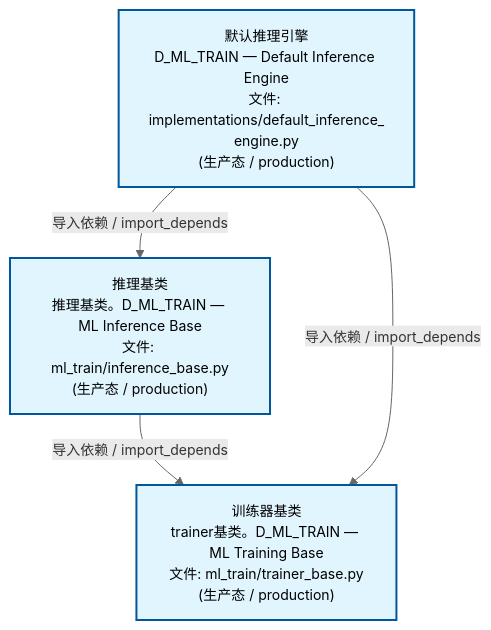
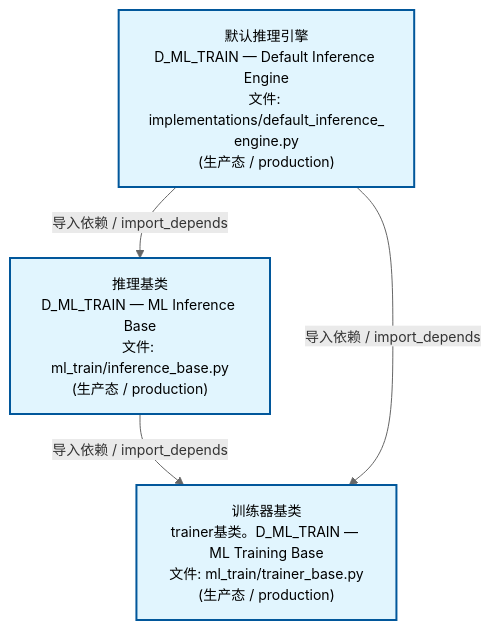
The second of 4 diagrams in docs/02_enterprise_architecture/02_domain_architecture_docs/61_d_ml_train.md (xuanFelixVan/ZephyrAlpha), drawn with Mermaid before and after one commit. The commit also changed other lines of this file and 60 other files, not shown here.

````diff
--- a/docs/02_enterprise_architecture/02_domain_architecture_docs/61_d_ml_train.md
+++ b/docs/02_enterprise_architecture/02_domain_architecture_docs/61_d_ml_train.md
@@ -99,15 +99,15 @@
 ```mermaid
 %%{init: {'theme': 'base', 'themeVariables': {'primaryColor': '#eaeaea', 'primaryTextColor': '#333333', 'primaryBorderColor': '#666666', 'lineColor': '#666666', 'secondaryColor': '#eaeaea', 'tertiaryColor': '#eaeaea', 'fontSize': '14px'}}}%%
 flowchart TD
     src_zephyr_ml_train_implementations_default_inference_engine_py["默认推理引擎<br/>D_ML_TRAIN — Default Inference Engine<br/>文件: implementations/default_inference_<br/>engine.py<br/>(生产态 / production)"]
-    src_zephyr_ml_train_inference_base_py["推理基类<br/>推理基类。D_ML_TRAIN — ML Inference Base<br/>文件: ml_train/inference_base.py<br/>(生产态 / production)"]
+    src_zephyr_ml_train_inference_base_py["推理基类<br/>D_ML_TRAIN — ML Inference Base<br/>文件: ml_train/inference_base.py<br/>(生产态 / production)"]
     src_zephyr_ml_train_trainer_base_py["训练器基类<br/>trainer基类。D_ML_TRAIN — ML Training Base<br/>文件: ml_train/trainer_base.py<br/>(生产态 / production)"]
     src_zephyr_ml_train_inference_base_py -->|导入依赖 / import_depends| src_zephyr_ml_train_trainer_base_py
+    src_zephyr_ml_train_implementations_default_inference_engine_py -->|导入依赖 / import_depends| src_zephyr_ml_train_trainer_base_py
     src_zephyr_ml_train_implementations_default_inference_engine_py -->|导入依赖 / import_depends| src_zephyr_ml_train_inference_base_py
-    src_zephyr_ml_train_implementations_default_inference_engine_py -->|导入依赖 / import_depends| src_zephyr_ml_train_trainer_base_py
     classDef production fill:#e1f5fe,stroke:#01579b,stroke-width:2px,color:#000
     classDef design fill:#fff3e0,stroke:#e65100,stroke-width:2px,color:#000,stroke-dasharray: 5 5
     classDef external_prod fill:#e8f4fd,stroke:#0277bd,stroke-width:1px,color:#000
     classDef external_design fill:#fff8e7,stroke:#ef6c00,stroke-width:1px,color:#000,stroke-dasharray: 5 5
     class src_zephyr_ml_train_implementations_default_inference_engine_py,src_zephyr_ml_train_inference_base_py,src_zephyr_ml_train_trainer_base_py production
 ```
````
